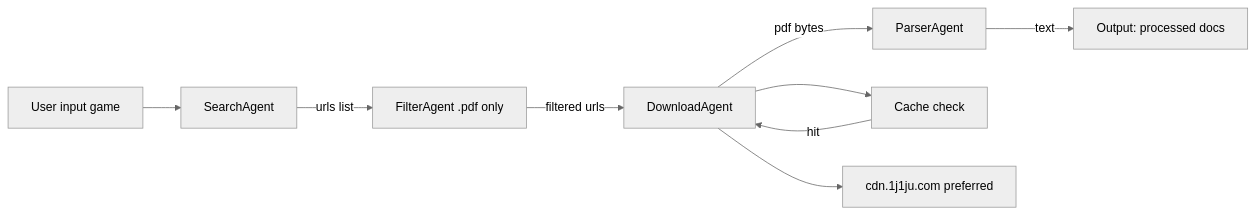
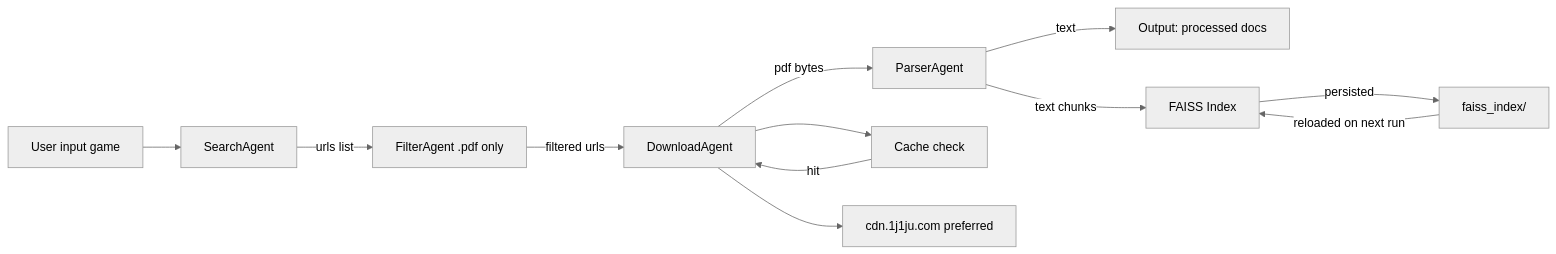
Before and after one commit to AlexChariot/bgrules: the first of 2 diagrams in README.md, drawn with Mermaid (neutral theme). The commit also changed other lines of this file and 20 other files, not shown here.

````diff
--- a/README.md
+++ b/README.md
@@ -21,13 +25,17 @@
 ```mermaid
 flowchart LR
     A[User input game] --> B[SearchAgent]
     B -->|urls list| C[FilterAgent .pdf only]
     C -->|filtered urls| D[DownloadAgent]
     D -->|pdf bytes| E[ParserAgent]
     E -->|text| F[Output: processed docs]
 
     D --> G[Cache check]
     G -->|hit| D
 
     D --> H[cdn.1j1ju.com preferred]
-``` 
+
+    E -->|text chunks| I[FAISS Index]
+    I -->|persisted| J[faiss_index/]
+    J -->|reloaded on next run| I
+```
````
